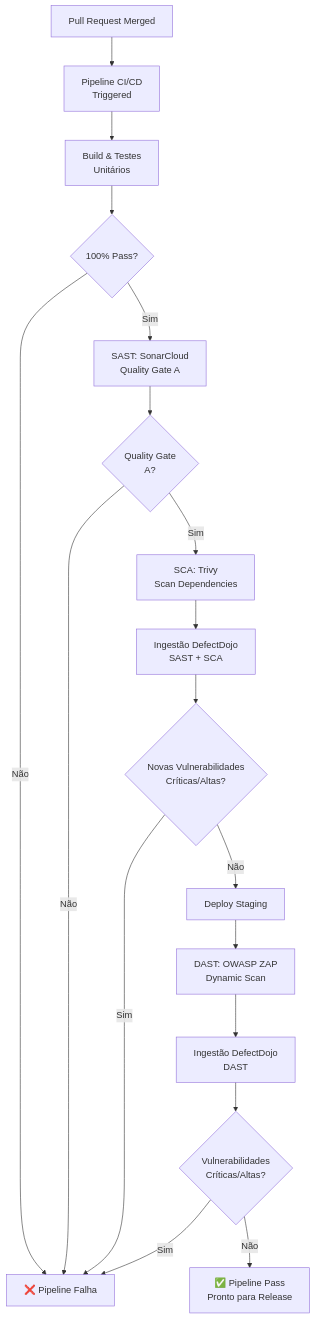
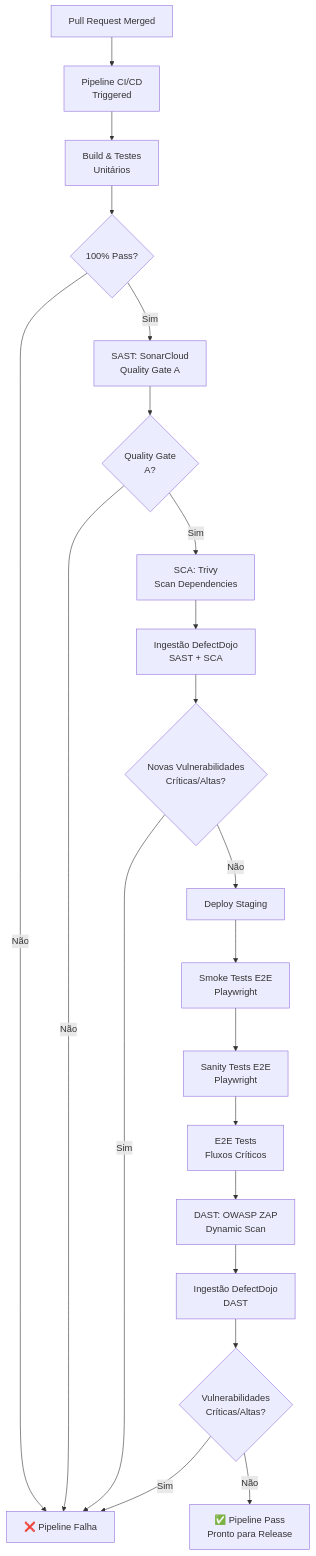
Before and after one commit to resper1965/ionic-health-pq44: the fourth of 7 diagrams in demo-app/docs/FLOWS.md, drawn with Mermaid. The commit also changed other lines of this file and 54 other files, not shown here.

````diff
--- a/demo-app/docs/FLOWS.md
+++ b/demo-app/docs/FLOWS.md
@@ -94,20 +96,23 @@
 ```mermaid
 flowchart TD
     A[Pull Request Merged] --> B[Pipeline CI/CD<br/>Triggered]
     B --> C[Build & Testes<br/>Unitários]
     C --> D{100% Pass?}
     D -->|Não| E[❌ Pipeline Falha]
     D -->|Sim| F[SAST: SonarCloud<br/>Quality Gate A]
     F --> G{Quality Gate<br/>A?}
     G -->|Não| E
     G -->|Sim| H[SCA: Trivy<br/>Scan Dependencies]
     H --> I[Ingestão DefectDojo<br/>SAST + SCA]
     I --> J{Novas Vulnerabilidades<br/>Críticas/Altas?}
     J -->|Sim| E
     J -->|Não| K[Deploy Staging]
-    K --> L[DAST: OWASP ZAP<br/>Dynamic Scan]
+    K --> K1[Smoke Tests E2E<br/>Playwright]
+    K1 --> K2[Sanity Tests E2E<br/>Playwright]
+    K2 --> K3[E2E Tests<br/>Fluxos Críticos]
+    K3 --> L[DAST: OWASP ZAP<br/>Dynamic Scan]
     L --> M[Ingestão DefectDojo<br/>DAST]
     M --> N{Vulnerabilidades<br/>Críticas/Altas?}
     N -->|Sim| E
     N -->|Não| O[✅ Pipeline Pass<br/>Pronto para Release]
 ```
````
